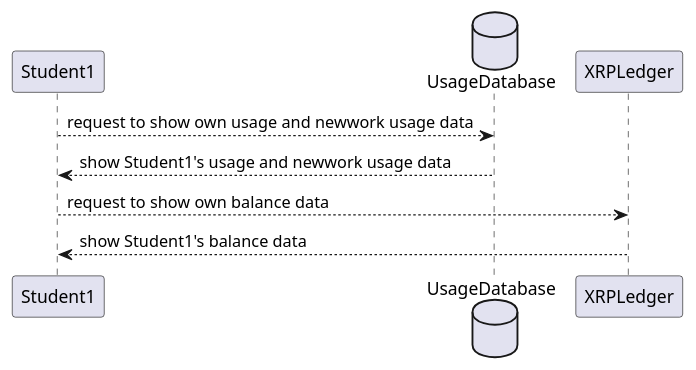
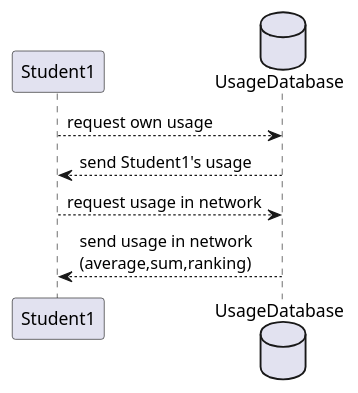
Before and after one commit to KyotoUniv-SIC/electoric-power-exchange: the diagram in Seq06_ShowAccountBalance.plantuml, drawn with PlantUML. The commit also changed 9 other files, not shown here.

```diff
--- a/Seq06_ShowAccountBalance.plantuml
+++ b/Seq06_ShowAccountBalance.plantuml
@@ -1,11 +1,9 @@
 @startuml sequence
 participant Student1 as st1
-database UsageDatabase as db
-participant XRPLedger as xl
+database UsageDatabase as db1
 
-st1 --> db : request to show own usage and newwork usage data
-db --> st1 : show Student1's usage and newwork usage data
-st1 --> xl : request to show own balance data
-xl --> st1 : show Student1's balance data
-
+st1 --> db1 : request own usage
+st1 <-- db1 : send Student1's usage
+st1 --> db1 : request usage in network
+st1 <-- db1 : send usage in network\n(average,sum,ranking)
 @enduml
```
